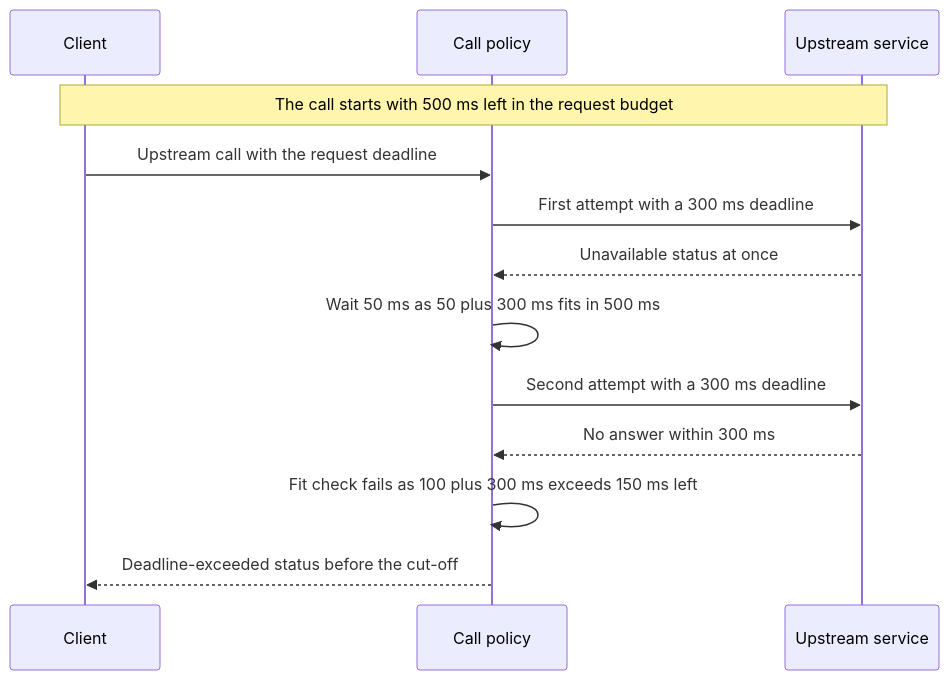
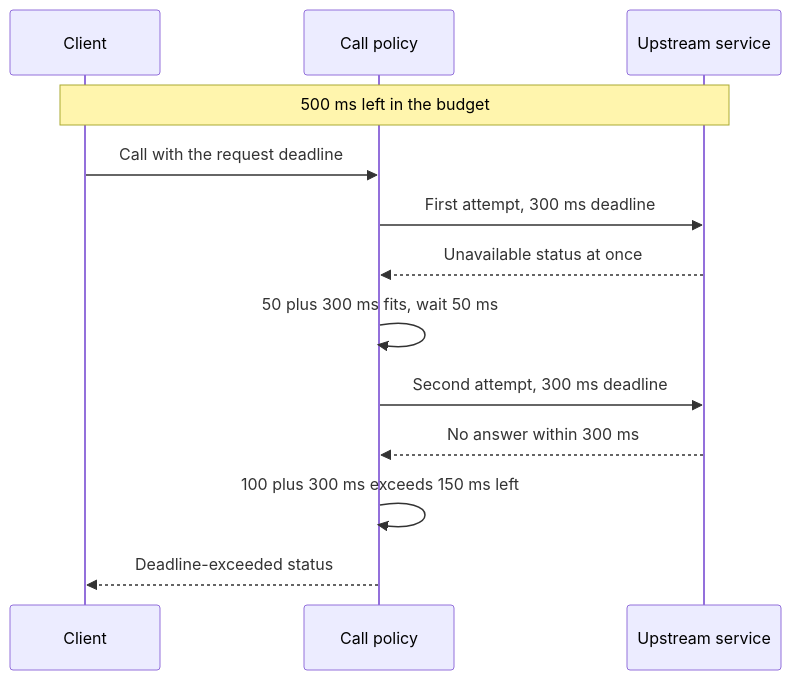
Before and after one commit to blitzy-public-samples/aws-carddemo-blitzy: the diagram in docs/backlog/epics/CS-11-config-service-integration/stories/CS-11-003-upstream-call-policy-with-request-deadline.md, drawn with Mermaid. The commit also changed other lines of this file and 31 other files, not shown here.

````diff
--- a/docs/backlog/epics/CS-11-config-service-integration/stories/CS-11-003-upstream-call-policy-with-request-deadline.md
+++ b/docs/backlog/epics/CS-11-config-service-integration/stories/CS-11-003-upstream-call-policy-with-request-deadline.md
@@ -148,15 +148,15 @@
 ```mermaid
 sequenceDiagram
     participant Caller as Client
     participant Policy as Call policy
     participant Upstream as Upstream service
-    Note over Caller,Upstream: The call starts with 500 ms left in the request budget
-    Caller->>Policy: Upstream call with the request deadline
-    Policy->>Upstream: First attempt with a 300 ms deadline
+    Note over Caller,Upstream: 500 ms left in the budget
+    Caller->>Policy: Call with the request deadline
+    Policy->>Upstream: First attempt, 300 ms deadline
     Upstream-->>Policy: Unavailable status at once
-    Policy->>Policy: Wait 50 ms as 50 plus 300 ms fits in 500 ms
-    Policy->>Upstream: Second attempt with a 300 ms deadline
+    Policy->>Policy: 50 plus 300 ms fits, wait 50 ms
+    Policy->>Upstream: Second attempt, 300 ms deadline
     Upstream-->>Policy: No answer within 300 ms
-    Policy->>Policy: Fit check fails as 100 plus 300 ms exceeds 150 ms left
-    Policy-->>Caller: Deadline-exceeded status before the cut-off
+    Policy->>Policy: 100 plus 300 ms exceeds 150 ms left
+    Policy-->>Caller: Deadline-exceeded status
 ```
````
